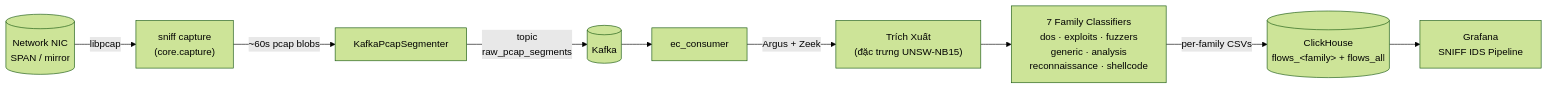
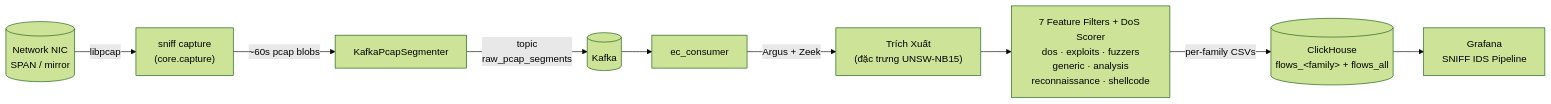
One commit to ntu168108/realtime-packet-sniff changed the diagram in README_VI.md. Above: the diagram before and after it, drawn with Mermaid (forest theme). The commit also changed other lines of this file and 7 other files, not shown here.

````diff
--- a/README_VI.md
+++ b/README_VI.md
@@ -17,12 +17,12 @@
 ```mermaid
 flowchart LR
     NIC[("Network NIC\nSPAN / mirror")]
     NIC -->|"libpcap"| SNIFF["sniff capture\n(core.capture)"]
     SNIFF -->|"~60s pcap blobs"| SEG["KafkaPcapSegmenter"]
     SEG -->|"topic\nraw_pcap_segments"| KAFKA[(Kafka)]
     KAFKA --> EC["ec_consumer"]
     EC -->|"Argus + Zeek"| EX["Trích Xuất\n(đặc trưng UNSW-NB15)"]
-    EX --> CL["7 Family Classifiers\ndos · exploits · fuzzers\ngeneric · analysis\nreconnaissance · shellcode"]
+    EX --> CL["7 Feature Filters + DoS Scorer\ndos · exploits · fuzzers\ngeneric · analysis\nreconnaissance · shellcode"]
     CL -->|"per-family CSVs"| CH[(ClickHouse\nflows_&lt;family&gt; + flows_all)]
     CH --> GRAF[Grafana\nSNIFF IDS Pipeline]
 ```
````
